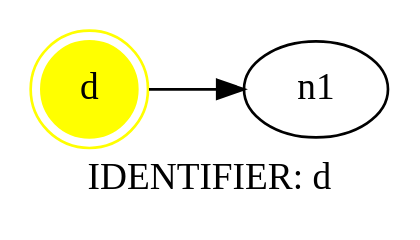
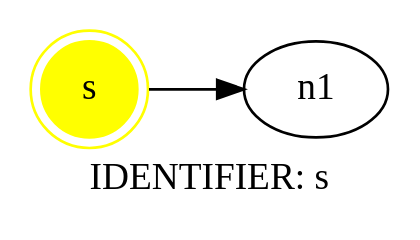
One commit to Jbrod5/lenguajes changed the diagram in parser-py/Plots/0_toPlot.dot. Above: the diagram before and after it, drawn with Graphviz. The commit also changed 5 other files, not shown here.

Commit message:
grafos funcionando con html y graphviz

```diff
--- a/parser-py/Plots/0_toPlot.dot
+++ b/parser-py/Plots/0_toPlot.dot
@@ -1,6 +1,6 @@
 digraph Plot{
    rankdir = LR;
-   label = "IDENTIFIER: d";
-    n0[style = filled, color = yellow, label = "d" ,shape = doublecircle];
+   label = "IDENTIFIER: s";
+    n0[style = filled, color = yellow, label = "s" ,shape = doublecircle];
     n0 -> n1;
 }
```
